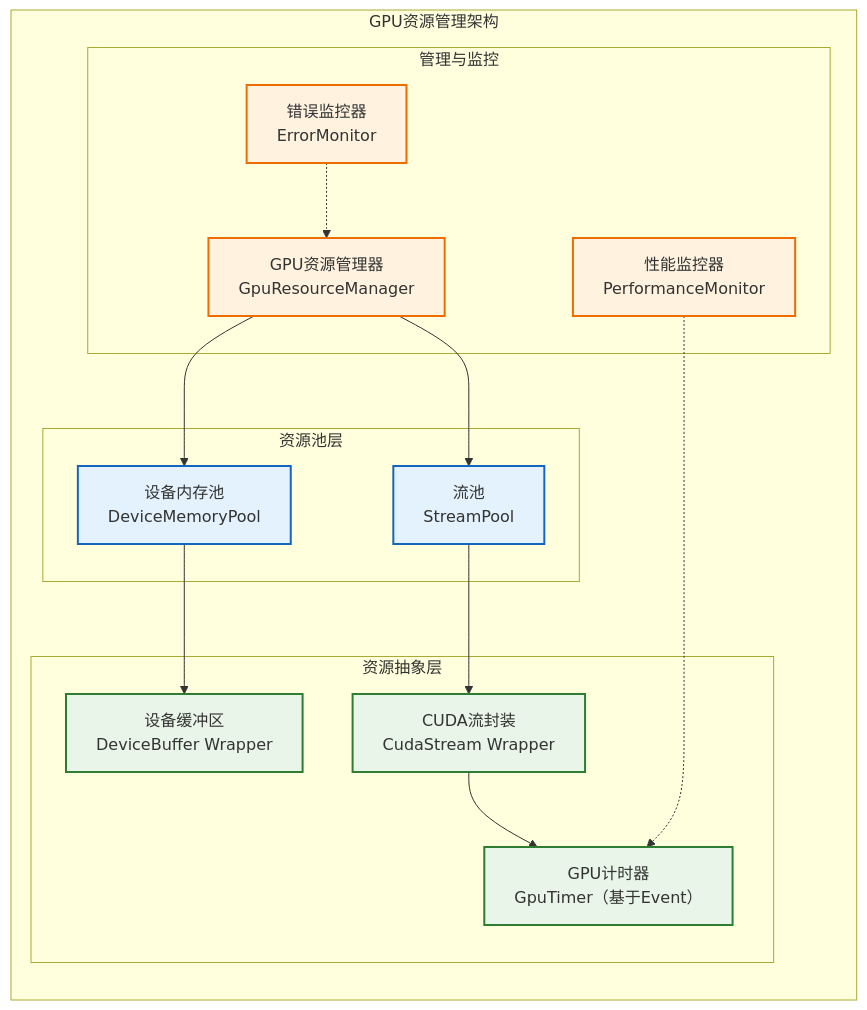
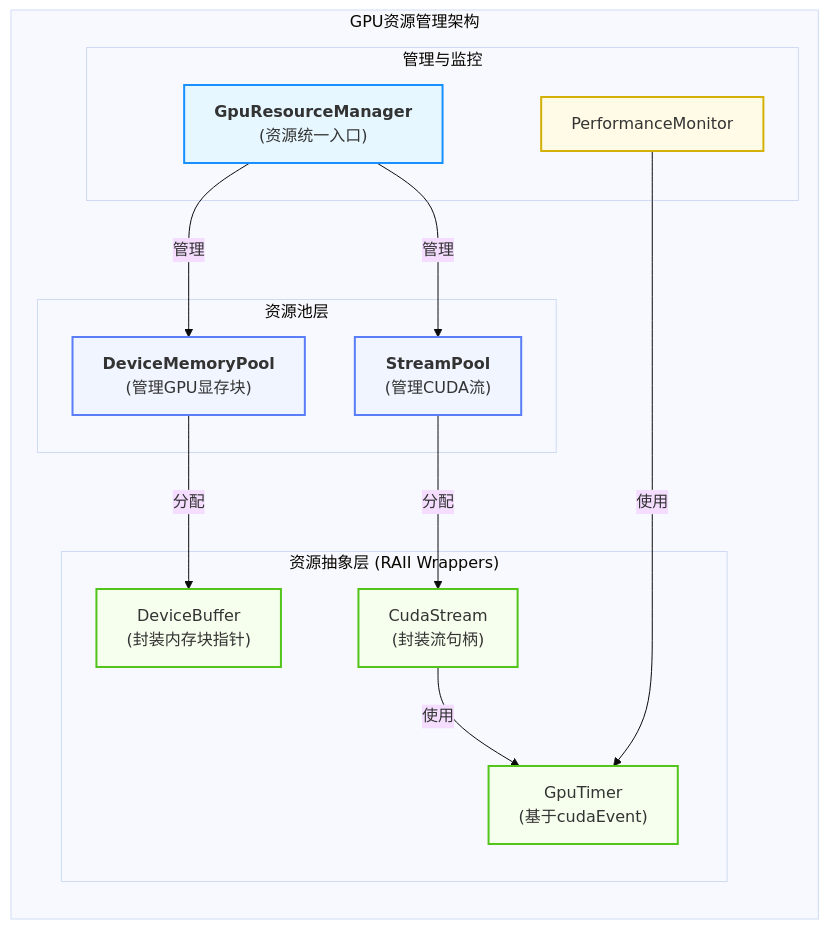
One commit to wendizhou99-cell/Radar changed the fifth of 11 diagrams in docs/01_项目设计/02_模块设计/02_信号处理模块设计.md. Above: the diagram before and after it, drawn with Mermaid. The commit also changed other lines of this file and 26 other files, not shown here.

First line of the commit message:
docs: 完成数据架构文档系列重构和Mermaid可视化指南增强

````diff
--- a/docs/01_项目设计/02_模块设计/02_信号处理模块设计.md
+++ b/docs/01_项目设计/02_模块设计/02_信号处理模块设计.md
@@ -273,42 +488,53 @@
 ```mermaid
-flowchart TB
+---
+config:
+  theme: base
+  flowchart:
+    curve: basis
+---
+graph TD
+    %% --- 图例 (上下文颜色语义) ---
+    %% 管理层 (浅蓝): 统一的资源管理入口。
+    %% 资源池 (淡紫): 预先创建的、可复用的GPU资源集合。
+    %% 资源抽象 (浅绿): 对底层CUDA对象的RAII封装。
+    %% 监控 (浅黄): 提供性能和错误监控的组件。
+
     subgraph "GPU资源管理架构"
         direction TB
 
-        subgraph "资源池层"
-            DEVICE_MEMORY_POOL[设备内存池<br/>DeviceMemoryPool]
-            STREAM_POOL[流池<br/>StreamPool]
+        subgraph "管理与监控"
+            GPU_MGR["<b>GpuResourceManager</b><br/>(资源统一入口)"]
+            PERF_MONITOR["PerformanceMonitor"]
         end
 
-        subgraph "资源抽象层"
-            GPU_TIMER[GPU计时器<br/>GpuTimer（基于Event）]
-            CUDA_STREAM[CUDA流封装<br/>CudaStream Wrapper]
-            DEVICE_BUFFER[设备缓冲区<br/>DeviceBuffer Wrapper]
+        subgraph "资源池层"
+            MEM_POOL["<b>DeviceMemoryPool</b><br/>(管理GPU显存块)"]
+            STREAM_POOL["<b>StreamPool</b><br/>(管理CUDA流)"]
         end
 
-        subgraph "管理与监控 "
-            GPU_RESOURCE_MGR[GPU资源管理器<br/>GpuResourceManager]
-            ERROR_MONITOR[错误监控器<br/>ErrorMonitor]
-            PERFORMANCE_MONITOR[性能监控器<br/>PerformanceMonitor]
+        subgraph "资源抽象层 (RAII Wrappers)"
+            DEVICE_BUFFER["DeviceBuffer<br/>(封装内存块指针)"]
+            CUDA_STREAM["CudaStream<br/>(封装流句柄)"]
+            GPU_TIMER["GpuTimer<br/>(基于cudaEvent)"]
         end
-
-        %% 关系
-        GPU_RESOURCE_MGR --> DEVICE_MEMORY_POOL
-        GPU_RESOURCE_MGR --> STREAM_POOL
-
-        DEVICE_MEMORY_POOL --> DEVICE_BUFFER
-        STREAM_POOL --> CUDA_STREAM
-        CUDA_STREAM --> GPU_TIMER
-
-        ERROR_MONITOR -.-> GPU_RESOURCE_MGR
-        PERFORMANCE_MONITOR -.-> GPU_TIMER
     end
 
-    classDef pools fill:#e3f2fd,stroke:#1565c0,stroke-width:2px
-    classDef abstractions fill:#e8f5e8,stroke:#2e7d32,stroke-width:2px
-    classDef management fill:#fff3e0,stroke:#ef6c00,stroke-width:2px
+    %% --- 关系定义 ---
+    GPU_MGR -- "管理" --> MEM_POOL & STREAM_POOL
+    MEM_POOL -- "分配" --> DEVICE_BUFFER
+    STREAM_POOL -- "分配" --> CUDA_STREAM
+    PERF_MONITOR -- "使用" --> GPU_TIMER
+    CUDA_STREAM -- "使用" --> GPU_TIMER
 
-    class DEVICE_MEMORY_POOL,STREAM_POOL pools
-    class GPU_TIMER,CUDA_STREAM,DEVICE_BUFFER abstractions
-    class GPU_RESOURCE_MGR,ERROR_MONITOR,PERFORMANCE_MONITOR management
+    %% --- 标准 classDef 模板 ---
+    classDef role_A fill:#e6f7ff,stroke:#1890ff,stroke-width:2px
+    classDef role_B fill:#f0f5ff,stroke:#597ef7,stroke-width:2px
+    classDef role_C fill:#f6ffed,stroke:#52c41a,stroke-width:2px
+    classDef role_D fill:#fffbe6,stroke:#d4b106,stroke-width:2px
+
+    %% --- 样式应用 ---
+    class GPU_MGR role_A
+    class MEM_POOL,STREAM_POOL role_B
+    class DEVICE_BUFFER,CUDA_STREAM,GPU_TIMER role_C
+    class PERF_MONITOR role_D
 ```
````
